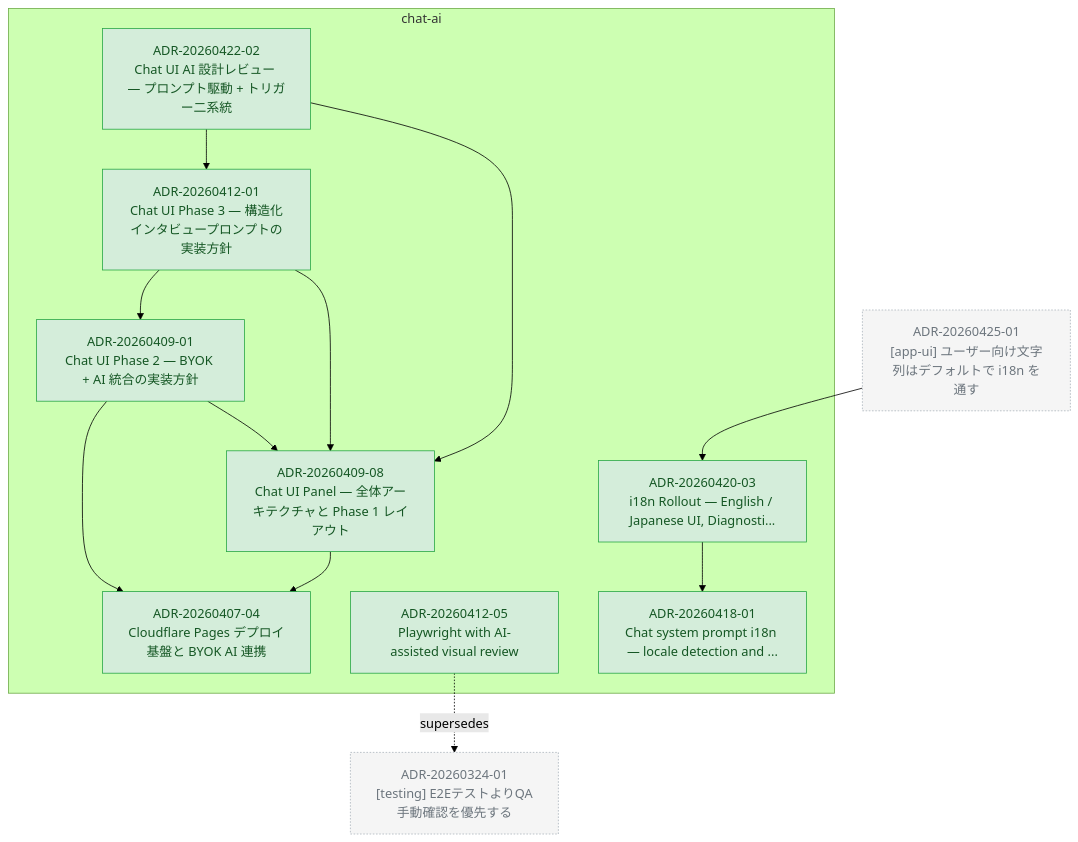
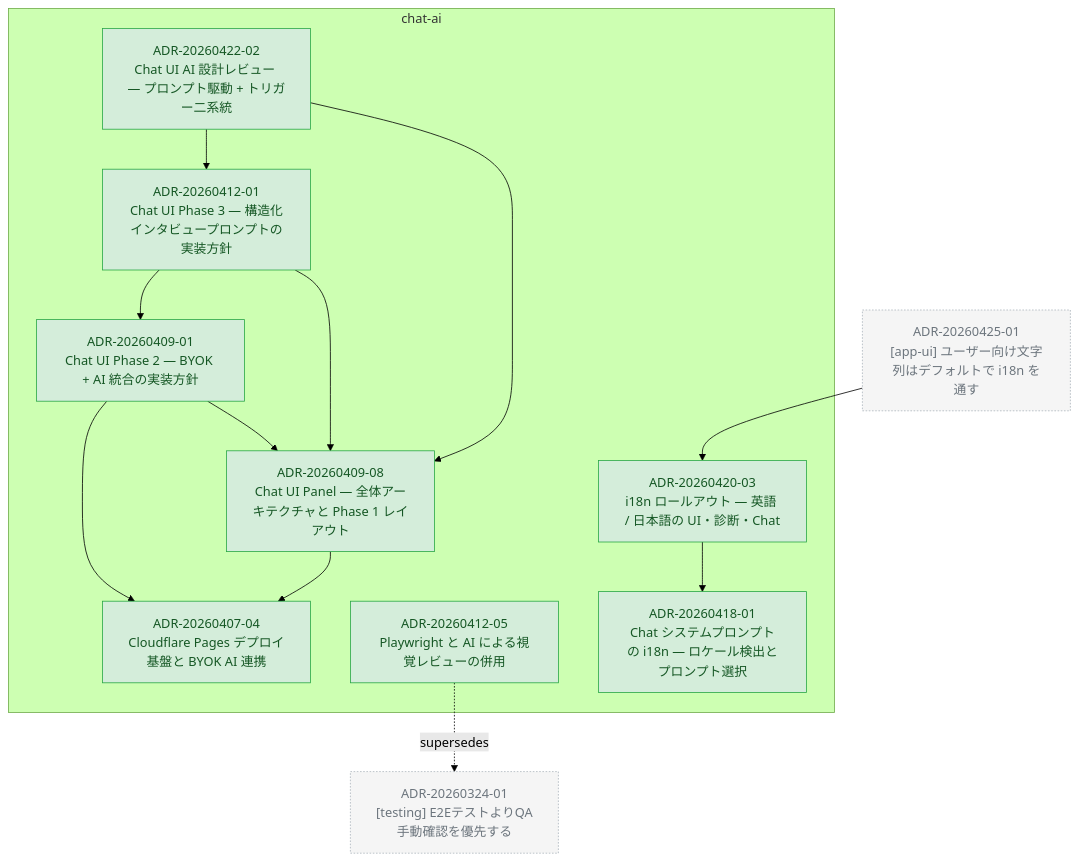
Before and after one commit to kompiro/karasu: the diagram in docs/adr/graph/chat-ai.md, drawn with Mermaid (forest theme). The commit also changed 35 other files, not shown here.

First line of the commit message:
docs(adr): unify ADR titles in Japanese until OSS launch

````diff
--- a/docs/adr/graph/chat-ai.md
+++ b/docs/adr/graph/chat-ai.md
@@ -6,42 +6,42 @@
 ```mermaid
 flowchart TD
   subgraph chat-ai["chat-ai"]
     ADR_20260407_04["ADR-20260407-04<br/>Cloudflare Pages デプロイ基盤と BYOK AI 連携"]
     ADR_20260409_01["ADR-20260409-01<br/>Chat UI Phase 2 — BYOK + AI 統合の実装方針"]
     ADR_20260409_08["ADR-20260409-08<br/>Chat UI Panel — 全体アーキテクチャと Phase 1 レイアウト"]
     ADR_20260412_01["ADR-20260412-01<br/>Chat UI Phase 3 — 構造化インタビュープロンプトの実装方針"]
-    ADR_20260412_05["ADR-20260412-05<br/>Playwright with AI-assisted visual review"]
-    ADR_20260418_01["ADR-20260418-01<br/>Chat system prompt i18n — locale detection and ..."]
-    ADR_20260420_03["ADR-20260420-03<br/>i18n Rollout — English / Japanese UI, Diagnosti..."]
+    ADR_20260412_05["ADR-20260412-05<br/>Playwright と AI による視覚レビューの併用"]
+    ADR_20260418_01["ADR-20260418-01<br/>Chat システムプロンプトの i18n — ロケール検出とプロンプト選択"]
+    ADR_20260420_03["ADR-20260420-03<br/>i18n ロールアウト — 英語 / 日本語の UI・診断・Chat"]
     ADR_20260422_02["ADR-20260422-02<br/>Chat UI AI 設計レビュー — プロンプト駆動 + トリガー二系統"]
   end
   ADR_20260324_01["ADR-20260324-01<br/>[testing] E2EテストよりQA手動確認を優先する"]
   ADR_20260425_01["ADR-20260425-01<br/>[app-ui] ユーザー向け文字列はデフォルトで i18n を通す"]
   ADR_20260409_01 --> ADR_20260409_08
   ADR_20260409_01 --> ADR_20260407_04
   ADR_20260409_08 --> ADR_20260407_04
   ADR_20260412_01 --> ADR_20260409_01
   ADR_20260412_01 --> ADR_20260409_08
   ADR_20260420_03 --> ADR_20260418_01
   ADR_20260422_02 --> ADR_20260409_08
   ADR_20260422_02 --> ADR_20260412_01
   ADR_20260425_01 --> ADR_20260420_03
   ADR_20260412_05 -.supersedes.-> ADR_20260324_01
 
   classDef accepted fill:#d4edda,stroke:#28a745,color:#155724
   classDef proposed fill:#fff3cd,stroke:#ffc107,color:#856404
   classDef deprecated fill:#f8d7da,stroke:#dc3545,color:#721c24
   classDef superseded fill:#e2e3e5,stroke:#6c757d,color:#383d41
   classDef not_adopted fill:#e2e3e5,stroke:#6c757d,color:#383d41,stroke-dasharray:3 3
   classDef ghost fill:#f5f5f5,stroke:#adb5bd,color:#6c757d,stroke-dasharray:2 2
   class ADR_20260407_04 accepted
   class ADR_20260409_01 accepted
   class ADR_20260409_08 accepted
   class ADR_20260412_01 accepted
   class ADR_20260412_05 accepted
   class ADR_20260418_01 accepted
   class ADR_20260420_03 accepted
   class ADR_20260422_02 accepted
   class ADR_20260324_01 ghost
   class ADR_20260425_01 ghost
 ```
````
